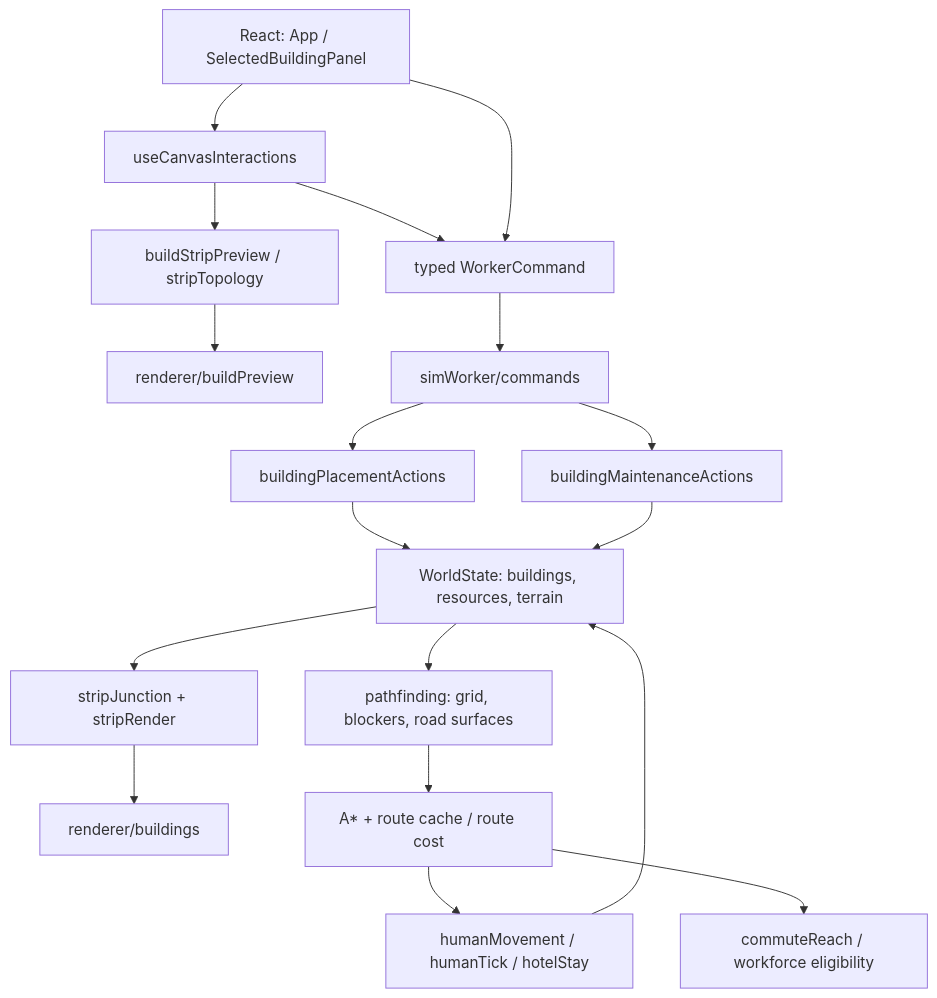
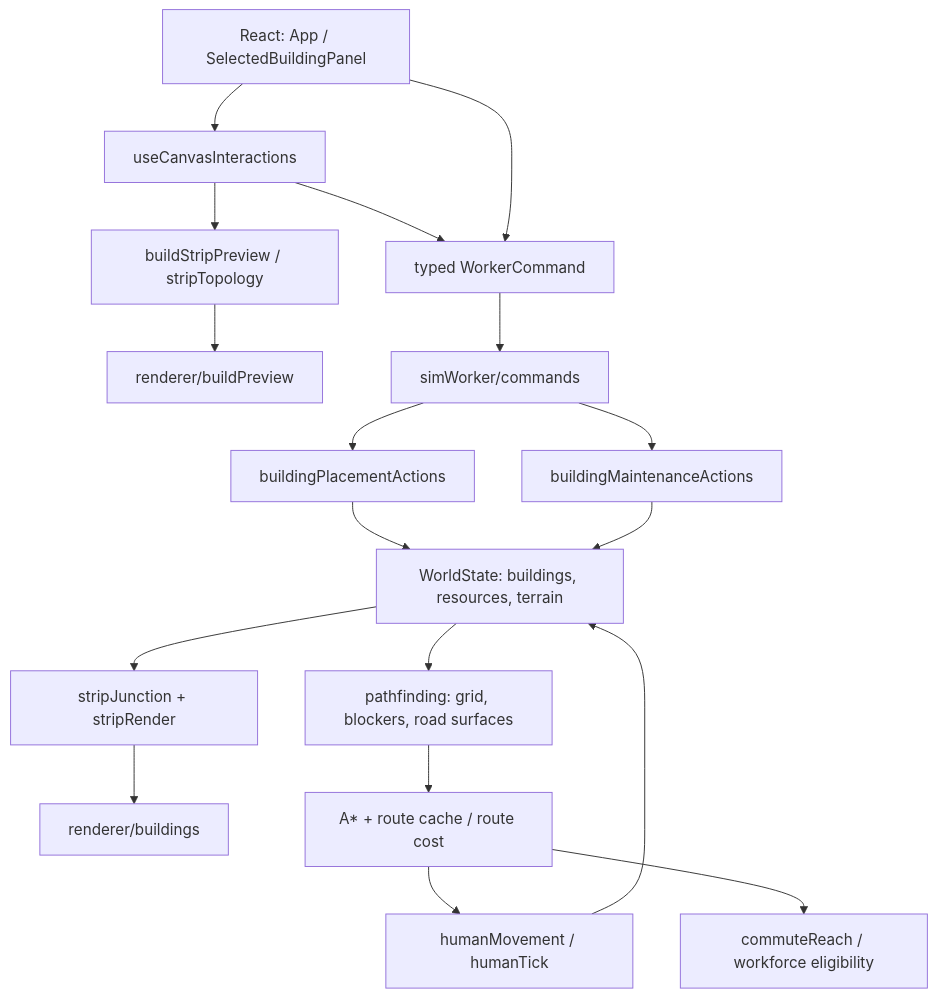
One commit to Rengerams/wilderfolk changed the diagram in docs/ROADS_WALLS_NAVIGATION_ARCHITECTURE.md. Above: the diagram before and after it, drawn with Mermaid. The commit also changed other lines of this file and 10 other files, not shown here.

````diff
--- a/docs/ROADS_WALLS_NAVIGATION_ARCHITECTURE.md
+++ b/docs/ROADS_WALLS_NAVIGATION_ARCHITECTURE.md
@@ -21,20 +21,20 @@
 ```mermaid
 flowchart TD
   UI["React: App / SelectedBuildingPanel"] --> INPUT["useCanvasInteractions"]
   INPUT --> PREVIEW["buildStripPreview / stripTopology"]
   PREVIEW --> DRAW["renderer/buildPreview"]
   INPUT --> COMMAND["typed WorkerCommand"]
   UI --> COMMAND
   COMMAND --> WORKER["simWorker/commands"]
   WORKER --> PLACE["buildingPlacementActions"]
   WORKER --> REMOVE["buildingMaintenanceActions"]
   PLACE --> STATE["WorldState: buildings, resources, terrain"]
   REMOVE --> STATE
   STATE --> GEOMETRY["stripJunction + stripRender"]
   GEOMETRY --> RENDER["renderer/buildings"]
   STATE --> GRID["pathfinding: grid, blockers, road surfaces"]
   GRID --> ROUTES["A* + route cache / route cost"]
-  ROUTES --> MOVE["humanMovement / humanTick / hotelStay"]
+  ROUTES --> MOVE["humanMovement / humanTick"]
   ROUTES --> COMMUTE["commuteReach / workforce eligibility"]
   MOVE --> STATE
 ```
````
